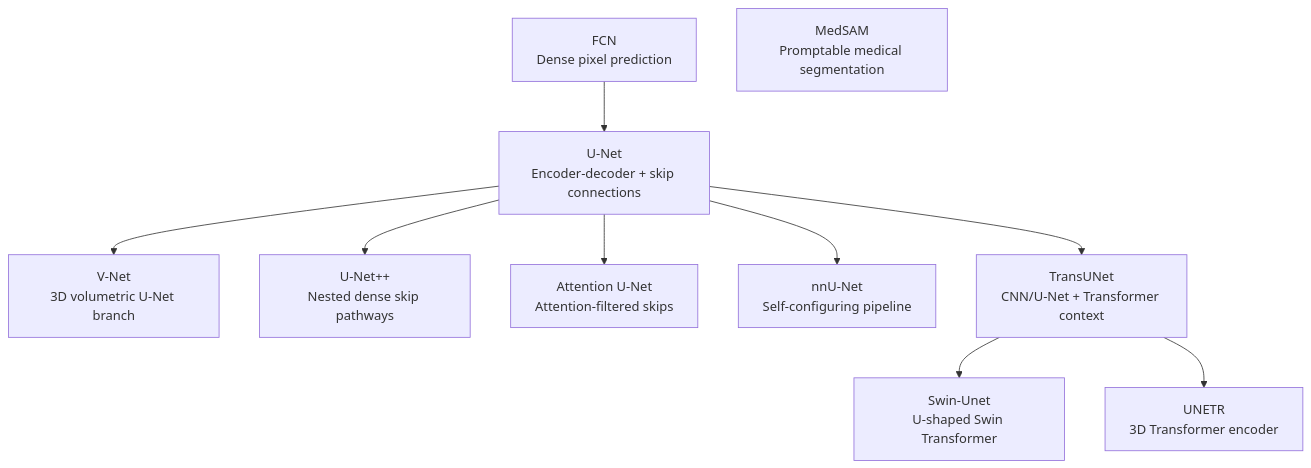
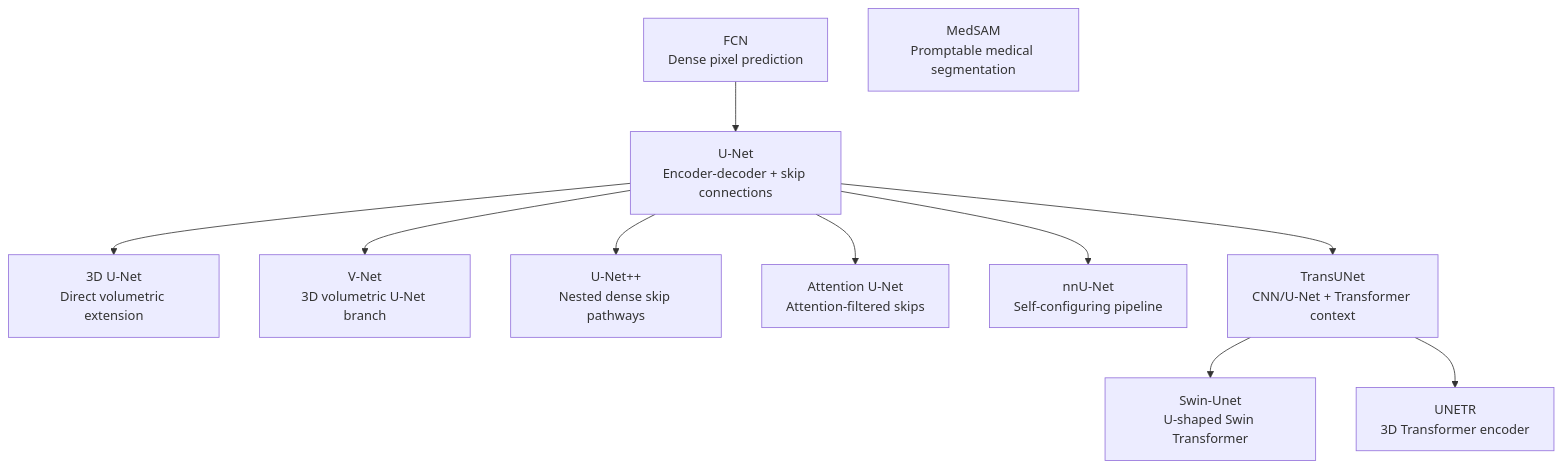
One commit to LeonSilva15/medical-image-segmentation-architectures changed the diagram in docs/evolution/lineage.md. Above: the diagram before and after it, drawn with Mermaid. The commit also changed other lines of this file and 8 other files, not shown here.

Commit message:
docs: add 3D U-Net reference architecture

````diff
--- a/docs/evolution/lineage.md
+++ b/docs/evolution/lineage.md
@@ -7,23 +7,25 @@
 ```mermaid
 graph TD
     FCN["FCN<br/>Dense pixel prediction"]
     UNet["U-Net<br/>Encoder-decoder + skip connections"]
+    UNet3D["3D U-Net<br/>Direct volumetric extension"]
     VNet["V-Net<br/>3D volumetric U-Net branch"]
     UNetPP["U-Net++<br/>Nested dense skip pathways"]
     AttUNet["Attention U-Net<br/>Attention-filtered skips"]
     nnUNet["nnU-Net<br/>Self-configuring pipeline"]
     TransUNet["TransUNet<br/>CNN/U-Net + Transformer context"]
     SwinUnet["Swin-Unet<br/>U-shaped Swin Transformer"]
     UNETR["UNETR<br/>3D Transformer encoder"]
     MedSAM["MedSAM<br/>Promptable medical segmentation"]
 
     FCN --> UNet
+    UNet --> UNet3D
     UNet --> VNet
     UNet --> UNetPP
     UNet --> AttUNet
     UNet --> nnUNet
     UNet --> TransUNet
     TransUNet --> SwinUnet
     TransUNet --> UNETR
     MedSAM
 ```
````
